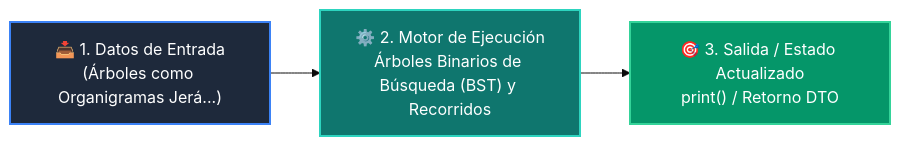
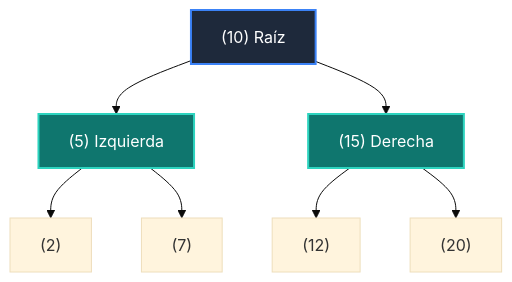
One commit to wisrovi/wisrovi-python changed the diagram in docs/curso-02/clase-06.md. Above: the diagram before and after it, drawn with Mermaid (base theme). The commit also changed other lines of this file and 52 other files, not shown here.

````diff
--- a/docs/curso-02/clase-06.md
+++ b/docs/curso-02/clase-06.md
@@ -38,9 +37,12 @@
 ```mermaid
-flowchart LR
-    IN["📥 1. Datos de Entrada<br/>(Árboles como Organigramas Jerá...)"] --> ENG["⚙️ 2. Motor de Ejecución<br/>Árboles Binarios de Búsqueda (BST) y Recorridos"]
-    ENG --> OUT["🎯 3. Salida / Estado Actualizado<br/>print() / Retorno DTO"]
-
-    style IN fill:#1e293b,color:#ffffff,stroke:#3b82f6,stroke-width:2px
-    style ENG fill:#0f766e,color:#ffffff,stroke:#2dd4bf,stroke-width:2px
-    style OUT fill:#059669,color:#ffffff,stroke:#34d399,stroke-width:2px
+flowchart TD
+    A["(10) Raíz"] --> B["(5) Izquierda"]
+    A --> C["(15) Derecha"]
+    B --> D["(2)"]
+    B --> E["(7)"]
+    C --> F["(12)"]
+    C --> G["(20)"]
+    style A fill:#1e293b,color:#ffffff,stroke:#3b82f6,stroke-width:2px
+    style B fill:#0f766e,color:#ffffff,stroke:#2dd4bf,stroke-width:2px
+    style C fill:#0f766e,color:#ffffff,stroke:#2dd4bf,stroke-width:2px
 ```
````
